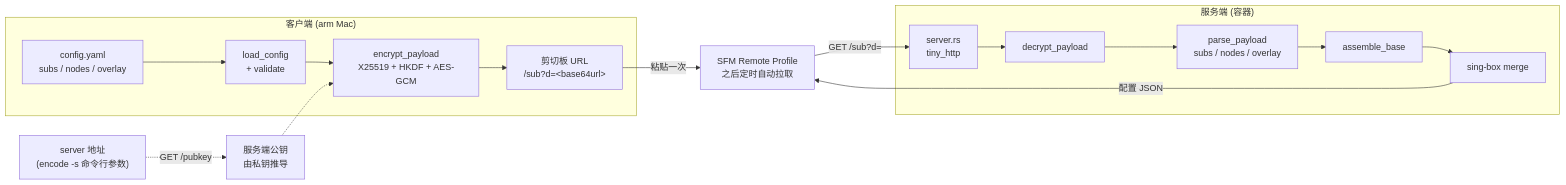
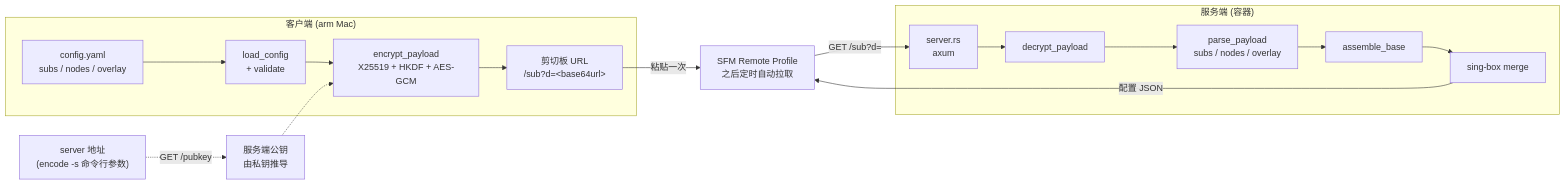
One commit to shelken/proxy changed the first of 4 diagrams in docs/sbtools.md. Above: the diagram before and after it, drawn with Mermaid. The commit also changed other lines of this file and 27 other files, not shown here.

````diff
--- a/docs/sbtools.md
+++ b/docs/sbtools.md
@@ -20,24 +20,24 @@
 ```mermaid
 flowchart LR
     subgraph C["客户端 (arm Mac)"]
         Y["config.yaml<br/>subs / nodes / overlay"] --> K["load_config<br/>+ validate"]
         K --> E["encrypt_payload<br/>X25519 + HKDF + AES-GCM"]
         E --> U["剪切板 URL<br/>/sub?d=&lt;base64url&gt;"]
     end
 
     S2["server 地址<br/>(encode -s 命令行参数)"]
     S2 -.->|"GET /pubkey"| PUB["服务端公钥<br/>由私钥推导"]
     PUB -.-> E
 
     U -->|粘贴一次| SFM["SFM Remote Profile<br/>之后定时自动拉取"]
     SFM -->|"GET /sub?d="| S
 
     subgraph SVR["服务端 (容器)"]
-        S["server.rs<br/>tiny_http"] --> D["decrypt_payload"]
+        S["server.rs<br/>axum"] --> D["decrypt_payload"]
         D --> P["parse_payload<br/>subs / nodes / overlay"]
         P --> A["assemble_base"]
         A --> M["sing-box merge"]
     end
 
     M -->|配置 JSON| SFM
 ```
````
